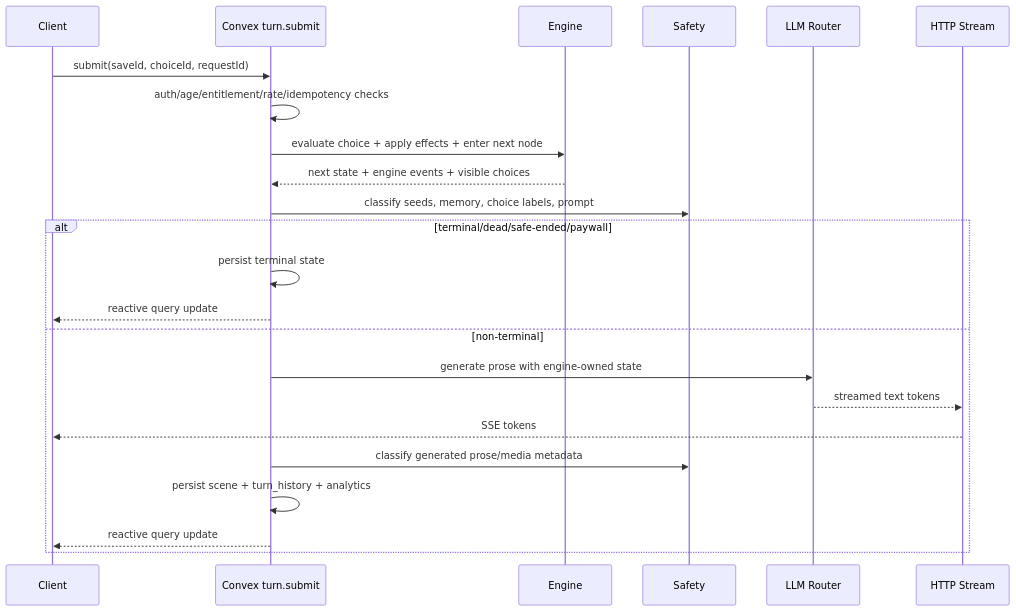
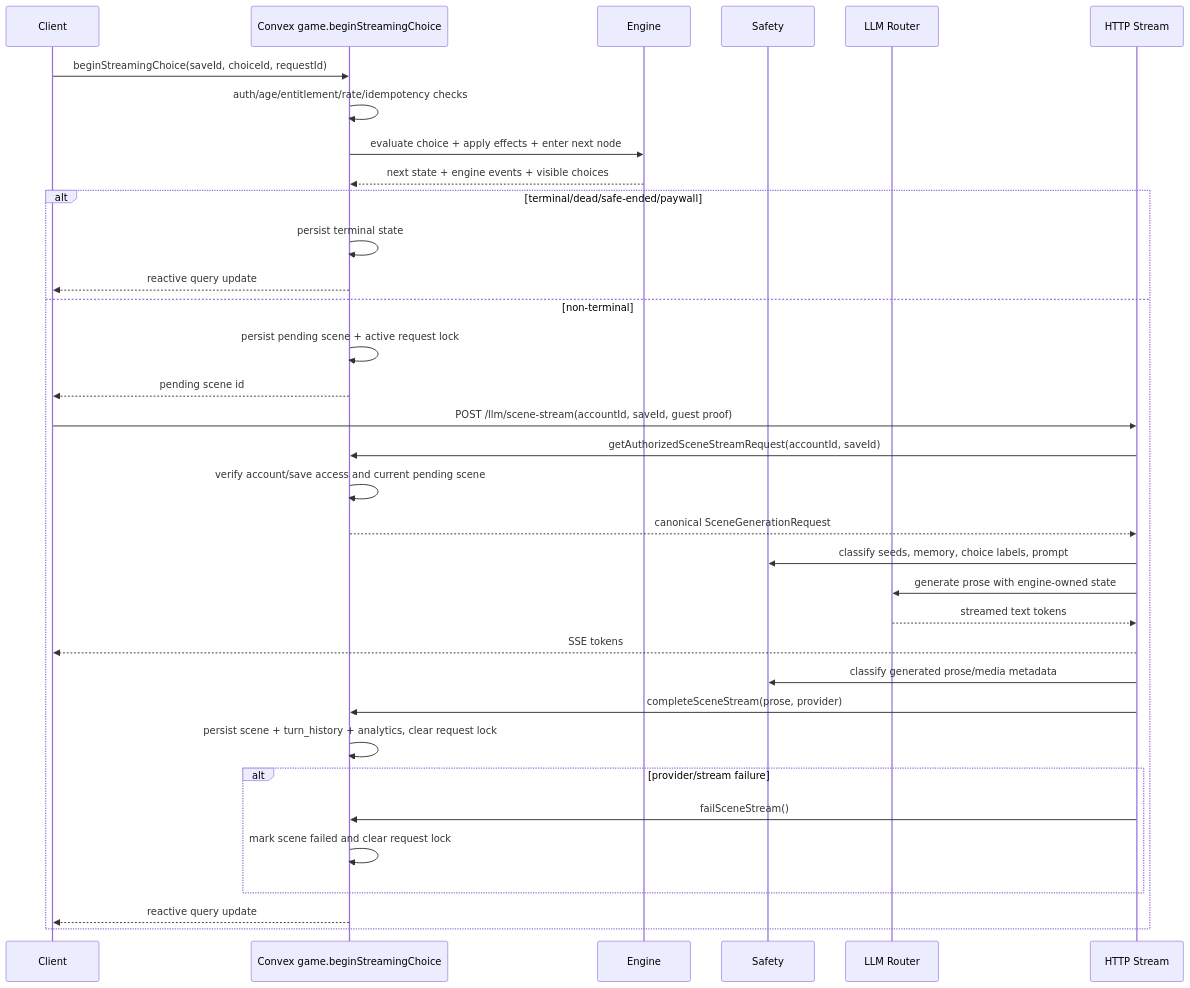
Before and after one commit to JamesAntisdel/CYOA: the second of 2 diagrams in .spec-workflow/specs/core-read-loop/design.md, drawn with Mermaid. The commit also changed other lines of this file and 47 other files, not shown here.

````diff
--- a/.spec-workflow/specs/core-read-loop/design.md
+++ b/.spec-workflow/specs/core-read-loop/design.md
@@ -90,26 +90,37 @@
 ```mermaid
 sequenceDiagram
   participant C as Client
-  participant X as Convex turn.submit
+  participant X as Convex game.beginStreamingChoice
   participant E as Engine
   participant S as Safety
   participant L as LLM Router
   participant H as HTTP Stream
 
-  C->>X: submit(saveId, choiceId, requestId)
+  C->>X: beginStreamingChoice(saveId, choiceId, requestId)
   X->>X: auth/age/entitlement/rate/idempotency checks
   X->>E: evaluate choice + apply effects + enter next node
   E-->>X: next state + engine events + visible choices
-  X->>S: classify seeds, memory, choice labels, prompt
   alt terminal/dead/safe-ended/paywall
     X->>X: persist terminal state
     X-->>C: reactive query update
   else non-terminal
-    X->>L: generate prose with engine-owned state
+    X->>X: persist pending scene + active request lock
+    X-->>C: pending scene id
+    C->>H: POST /llm/scene-stream(accountId, saveId, guest proof)
+    H->>X: getAuthorizedSceneStreamRequest(accountId, saveId)
+    X->>X: verify account/save access and current pending scene
+    X-->>H: canonical SceneGenerationRequest
+    H->>S: classify seeds, memory, choice labels, prompt
+    H->>L: generate prose with engine-owned state
     L-->>H: streamed text tokens
     H-->>C: SSE tokens
-    X->>S: classify generated prose/media metadata
-    X->>X: persist scene + turn_history + analytics
+    H->>S: classify generated prose/media metadata
+    H->>X: completeSceneStream(prose, provider)
+    X->>X: persist scene + turn_history + analytics, clear request lock
+    alt provider/stream failure
+      H->>X: failSceneStream()
+      X->>X: mark scene failed and clear request lock
+    end
     X-->>C: reactive query update
   end
 ```
````
